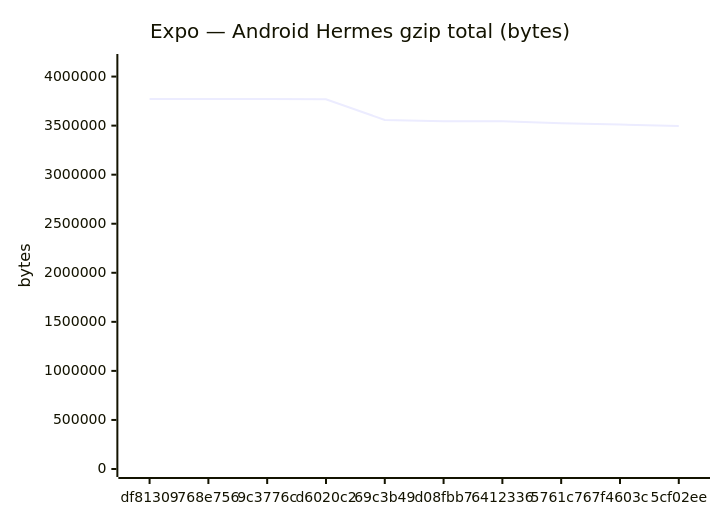
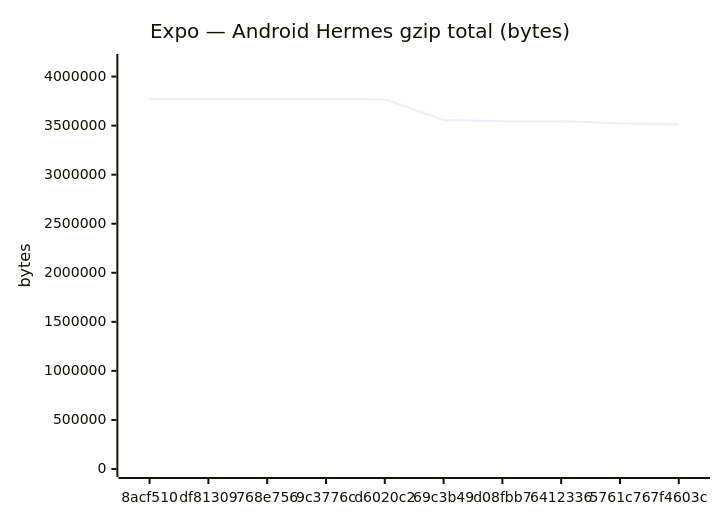
The fifth of 18 diagrams in benchmarks/compare.md (Metaheurist/Rianell), drawn with Mermaid before and after one commit. The commit also changed other lines of this file and 11 other files, not shown here.

````diff
--- a/benchmarks/compare.md
+++ b/benchmarks/compare.md
@@ -89,7 +89,7 @@
 ```mermaid
 xychart-beta
     title "Expo — Android Hermes gzip total (bytes)"
-    x-axis ["df81309", "768e756", "9c3776c", "d6020c2", "69c3b49", "d08fbb7", "6412336", "5761c76", "7f4603c", "5cf02ee"]
+    x-axis ["8acf510", "df81309", "768e756", "9c3776c", "d6020c2", "69c3b49", "d08fbb7", "6412336", "5761c76", "7f4603c"]
     y-axis "bytes" 0 --> 4148478
-    line [3770634, 3771343, 3770634, 3767812, 3557908, 3544463, 3543472, 3523541, 3511474, 3496393]
+    line [3770636, 3770634, 3771343, 3770634, 3767812, 3557908, 3544463, 3543472, 3523541, 3511474]
 ```
````
